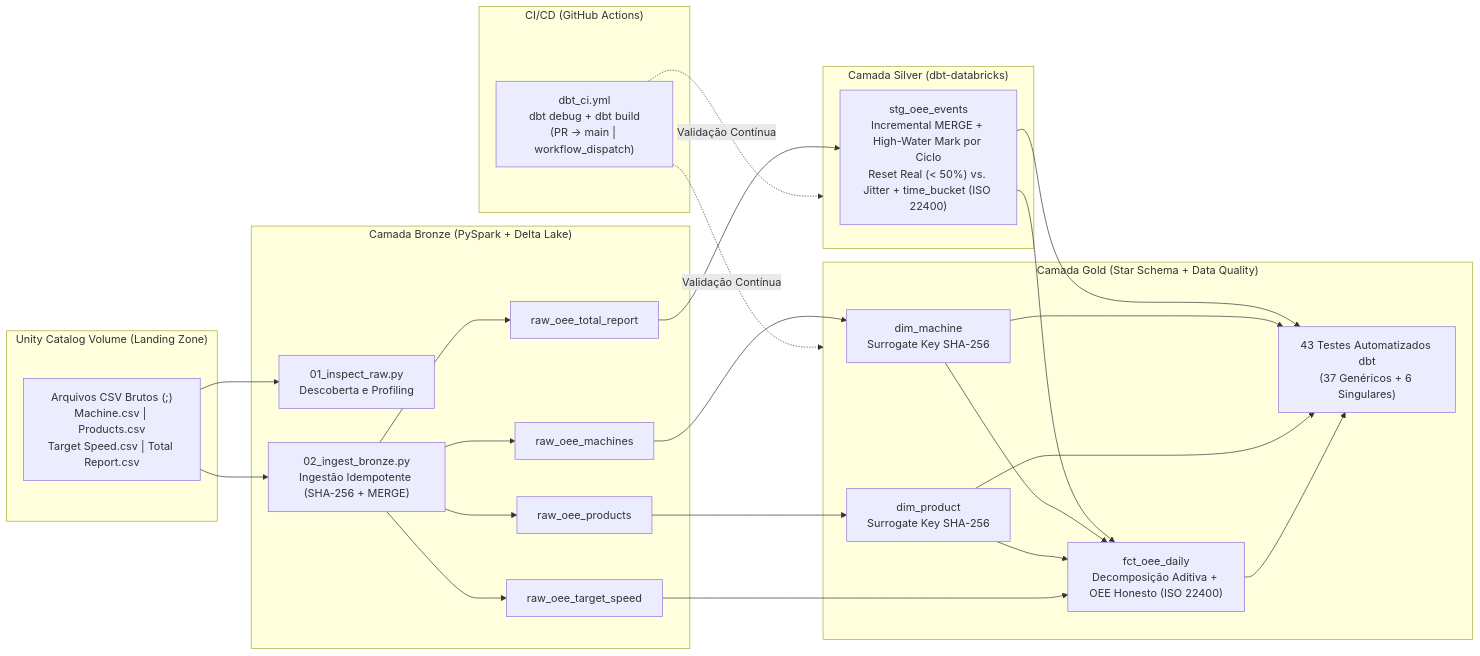
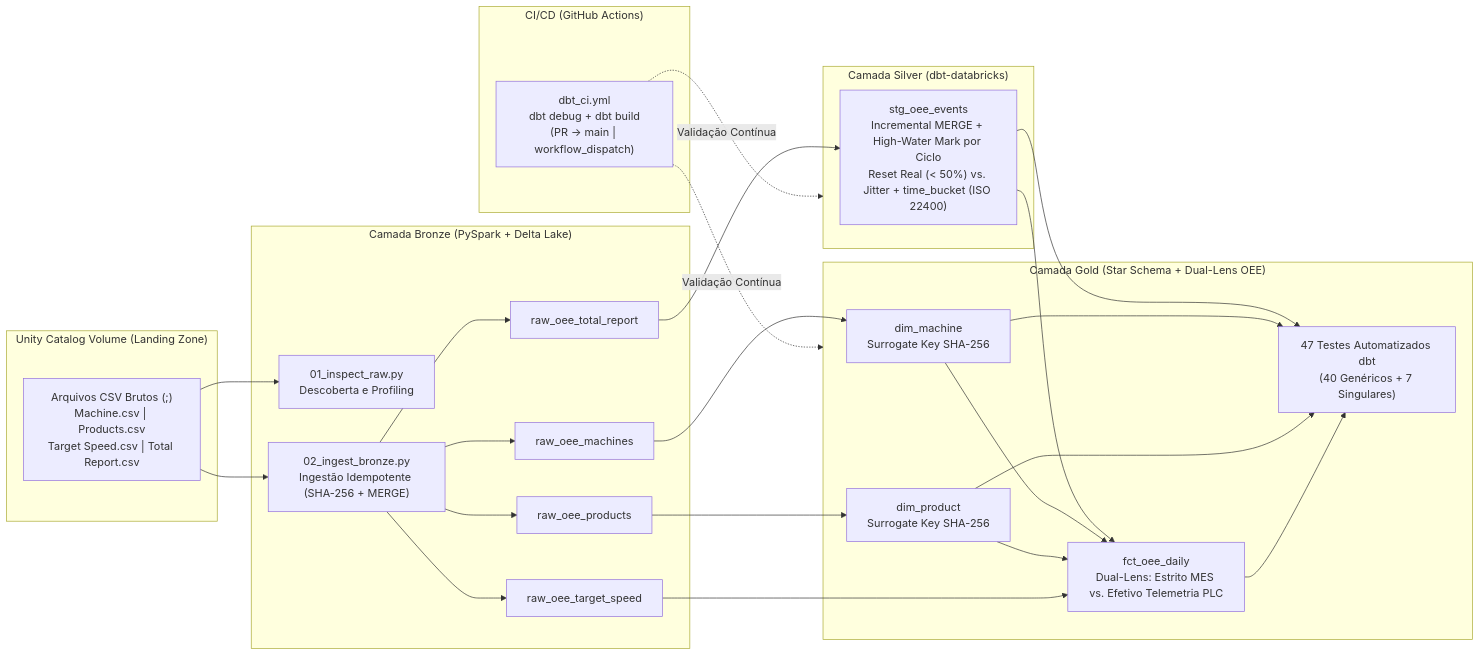
The diagram in README.md (Raniere-Pereira/industrial-oee-lakehouse), drawn with Mermaid before and after one commit. The commit also changed other lines of this file, not shown here.

````diff
--- a/README.md
+++ b/README.md
@@ -11,44 +13,44 @@
 ```mermaid
 flowchart LR
     subgraph LZ["Unity Catalog Volume (Landing Zone)"]
         CSV["Arquivos CSV Brutos (;)<br/>Machine.csv | Products.csv<br/>Target Speed.csv | Total Report.csv"]
     end
 
     subgraph BR["Camada Bronze (PySpark + Delta Lake)"]
         NB1["01_inspect_raw.py<br/>Descoberta e Profiling"]
         NB2["02_ingest_bronze.py<br/>Ingestão Idempotente (SHA-256 + MERGE)"]
         T_B1["raw_oee_machines"]
         T_B2["raw_oee_products"]
         T_B3["raw_oee_target_speed"]
         T_B4["raw_oee_total_report"]
     end
 
     subgraph SV["Camada Silver (dbt-databricks)"]
         STG["stg_oee_events<br/>Incremental MERGE + High-Water Mark por Ciclo<br/>Reset Real (< 50%) vs. Jitter + time_bucket (ISO 22400)"]
     end
 
-    subgraph GD["Camada Gold (Star Schema + Data Quality)"]
+    subgraph GD["Camada Gold (Star Schema + Dual-Lens OEE)"]
         DM["dim_machine<br/>Surrogate Key SHA-256"]
         DP["dim_product<br/>Surrogate Key SHA-256"]
-        FCT["fct_oee_daily<br/>Decomposição Aditiva + OEE Honesto (ISO 22400)"]
-        TST["43 Testes Automatizados dbt<br/>(37 Genéricos + 6 Singulares)"]
+        FCT["fct_oee_daily<br/>Dual-Lens: Estrito MES vs. Efetivo Telemetria PLC"]
+        TST["47 Testes Automatizados dbt<br/>(40 Genéricos + 7 Singulares)"]
     end
 
     subgraph CI["CI/CD (GitHub Actions)"]
         GHA["dbt_ci.yml<br/>dbt debug + dbt build<br/>(PR -> main | workflow_dispatch)"]
     end
 
     CSV --> NB1
     CSV --> NB2
     NB2 --> T_B1 & T_B2 & T_B3 & T_B4
     T_B4 --> STG
     T_B1 --> DM
     T_B2 --> DP
     STG --> FCT
     DM --> FCT
     DP --> FCT
     T_B3 --> FCT
     STG & DM & DP & FCT --> TST
     GHA -.->|"Validação Contínua"| SV
     GHA -.->|"Validação Contínua"| GD
 ```
````
